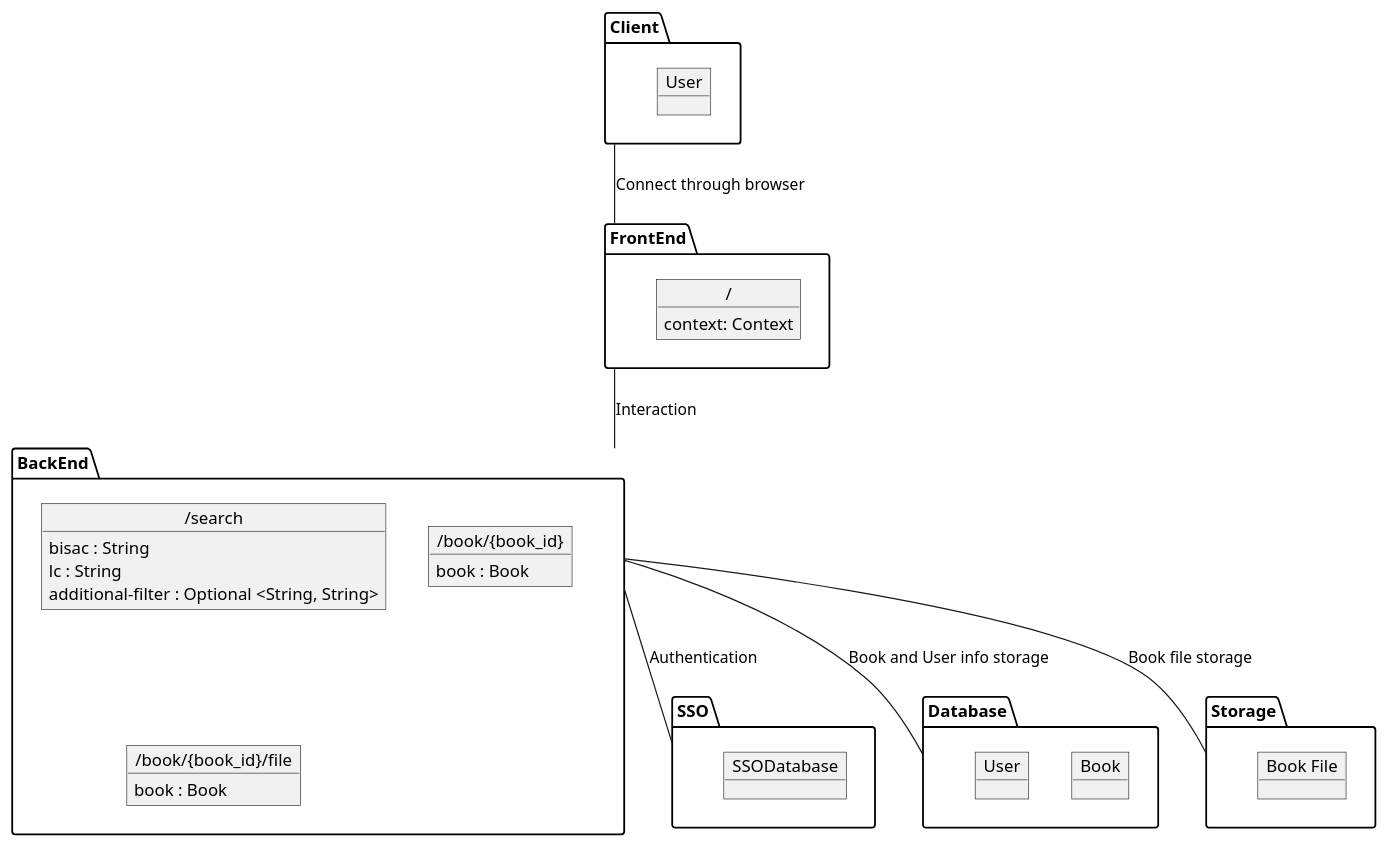
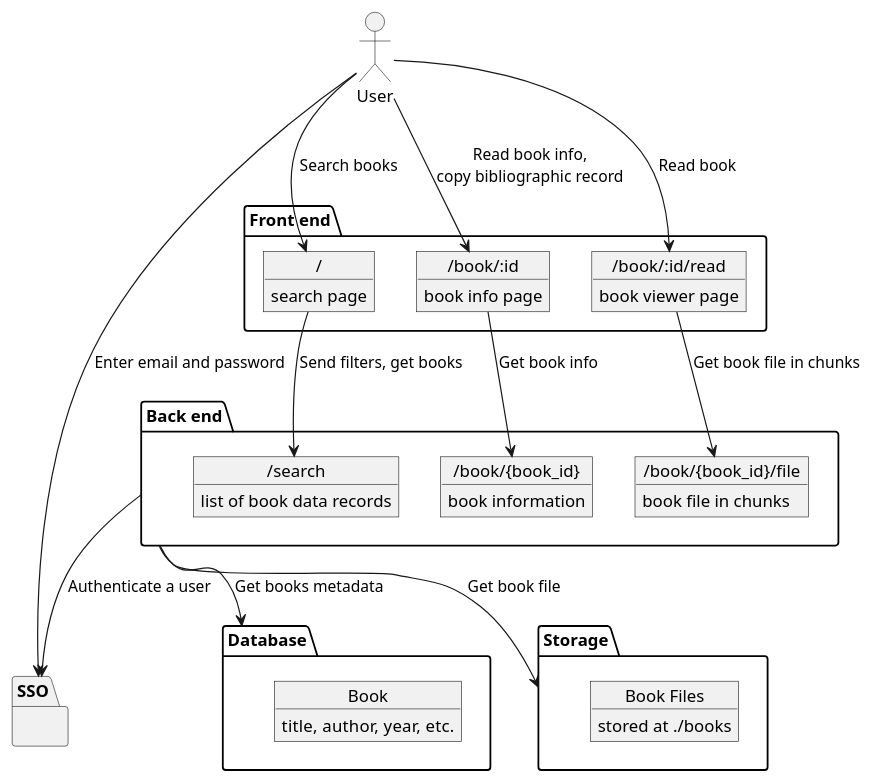
Before and after one commit to deemp/elibrary: the diagram in diagrams/static.puml, drawn with PlantUML. The commit also changed 1 other file, not shown here.

```diff
--- a/diagrams/static.puml
+++ b/diagrams/static.puml
@@ -1,51 +1,58 @@
 @startuml static
 
-package Client {
-  object User {
+allow_mixing
+
+package "Front end" as FrontEnd {
+  object "/" as FEIndex {
+    search page
+  }
+  object "/book/:id" as FEBookInfo {
+    book info page
+  }
+  object "/book/:id/read" as FEBookRead {
+    book viewer page
   }
 }
 
-package FrontEnd {
-  object "/" as FEIndex {
-    context: Context
+package "Back end" as BackEnd {
+  object "/search" as BESearch {
+    list of book data records
   }
-}
-
-package BackEnd {
-  object "/search" as BESearch {
-    bisac : String
-    lc : String
-    additional-filter : Optional <String, String>
+  object "/book/{book_id}" as BEBookInfo {
+    book information
   }
-  object "/book/{book_id}" as BEBook {
-    book : Book
-  }
-  object "/book/{book_id}/file" as BEBookreader {
-    book : Book
+  object "/book/{book_id}/file" as BEBookFile {
+    book file in chunks
   }
 }
 
 package SSO {
-  object SSODatabase {
-  }
 }
 
 package Database {
   object "Book" as TableBook {
-  }
-  object "User" as TableUser {
+    title, author, year, etc.
   }
 }
 
 package Storage {
-  object "Book File" as FileBook {
+  object "Book Files" as FileBook {
+    stored at ./books
   }
 }
 
-Client -- FrontEnd : Connect through browser
-FrontEnd -- BackEnd : Interaction
-BackEnd -- SSO : Authentication
-BackEnd -- Database : Book and User info storage
-BackEnd -- Storage : Book file storage
+actor "User" as u
+
+u --> FEIndex : Search books
+u --> FEBookInfo : Read book info,\ncopy bibliographic record
+u --> FEBookRead : Read book
+u --> SSO : Enter email and password
+
+BackEnd --> SSO : Authenticate a user
+BackEnd --> Database : Get books metadata
+BackEnd --> Storage : Get book file
+FEIndex --> BESearch : Send filters, get books
+FEBookInfo --> BEBookInfo: Get book info
+FEBookRead --> BEBookFile: Get book file in chunks
 
 @enduml
```
